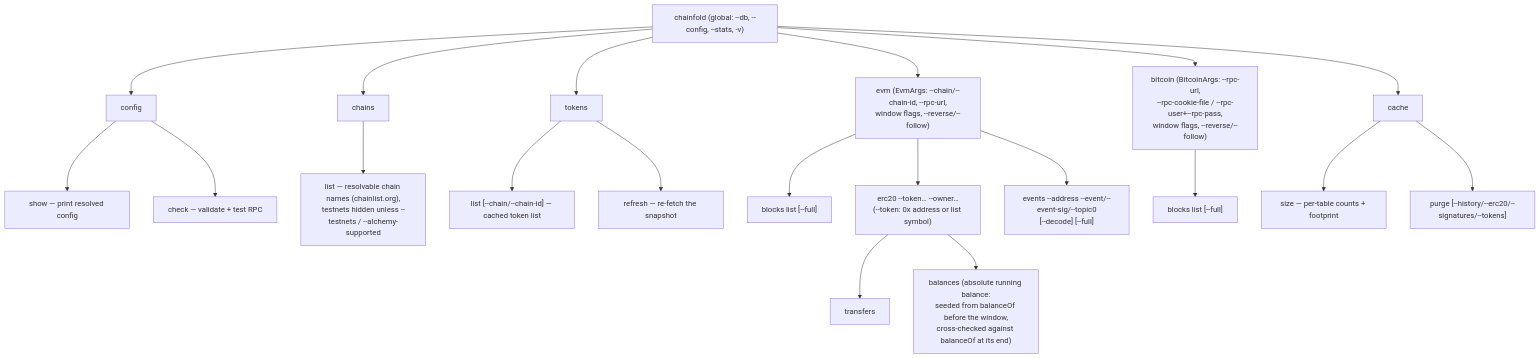
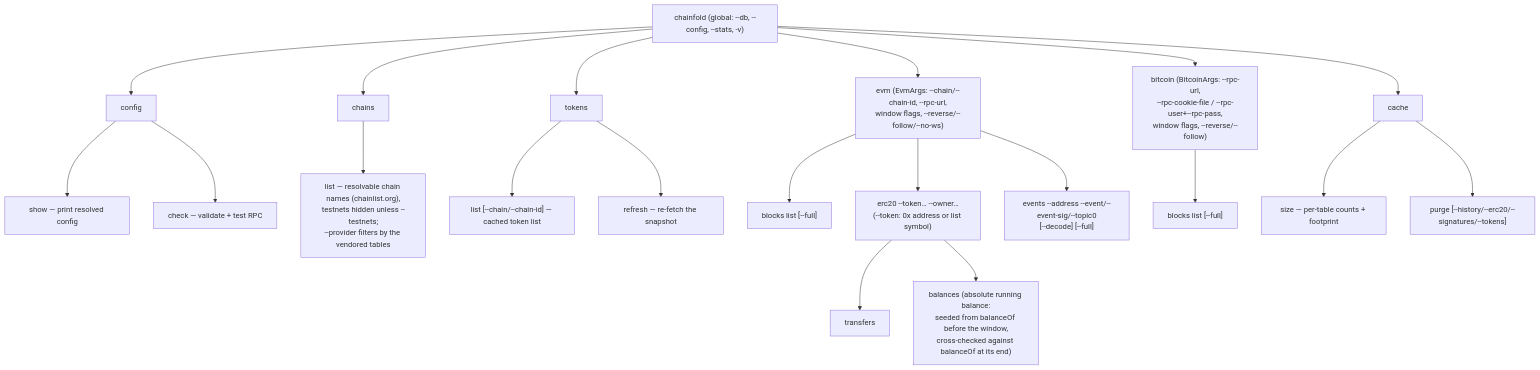
Diagram 12 of 12 in docs/ARCHITECTURE.md (nikicat/chainfold), drawn with Mermaid before and after one commit. The commit also changed other lines of this file and 10 other files, not shown here.

````diff
--- a/docs/ARCHITECTURE.md
+++ b/docs/ARCHITECTURE.md
@@ -1399,23 +1520,23 @@
 ```mermaid
 flowchart TB
     root["chainfold (global: --db, --config, --stats, -v)"]
     root --> config["config"]
     root --> chains["chains"]
     root --> tokenscmd["tokens"]
-    root --> evm["evm (EvmArgs: --chain/--chain-id, --rpc-url,<br/>window flags, --reverse/--follow)"]
+    root --> evm["evm (EvmArgs: --chain/--chain-id, --rpc-url,<br/>window flags, --reverse/--follow/--no-ws)"]
     root --> bitcoin["bitcoin (BitcoinArgs: --rpc-url,<br/>--rpc-cookie-file / --rpc-user+--rpc-pass,<br/>window flags, --reverse/--follow)"]
     root --> cachecmd["cache"]
     config --> cshow["show — print resolved config"]
     config --> ccheck["check — validate + test RPC"]
-    chains --> clist["list — resolvable chain names (chainlist.org),<br/>testnets hidden unless --testnets / --alchemy-supported"]
+    chains --> clist["list — resolvable chain names (chainlist.org),<br/>testnets hidden unless --testnets;<br/>--provider filters by the vendored tables"]
     tokenscmd --> tlist["list [--chain/--chain-id] — cached token list"]
     tokenscmd --> trefresh["refresh — re-fetch the snapshot"]
     evm --> eblocks["blocks list [--full]"]
     evm --> erc20["erc20 --token… --owner…<br/>(--token: 0x address or list symbol)"]
     evm --> events["events --address --event/--event-sig/--topic0<br/>[--decode] [--full]"]
     bitcoin --> bblocks["blocks list [--full]"]
     cachecmd --> csize["size — per-table counts + footprint"]
     cachecmd --> cpurge["purge [--history/--erc20/--signatures/--tokens]"]
     erc20 --> transfers["transfers"]
     erc20 --> balances["balances (absolute running balance:<br/>seeded from balanceOf before the window,<br/>cross-checked against balanceOf at its end)"]
 ```
````
